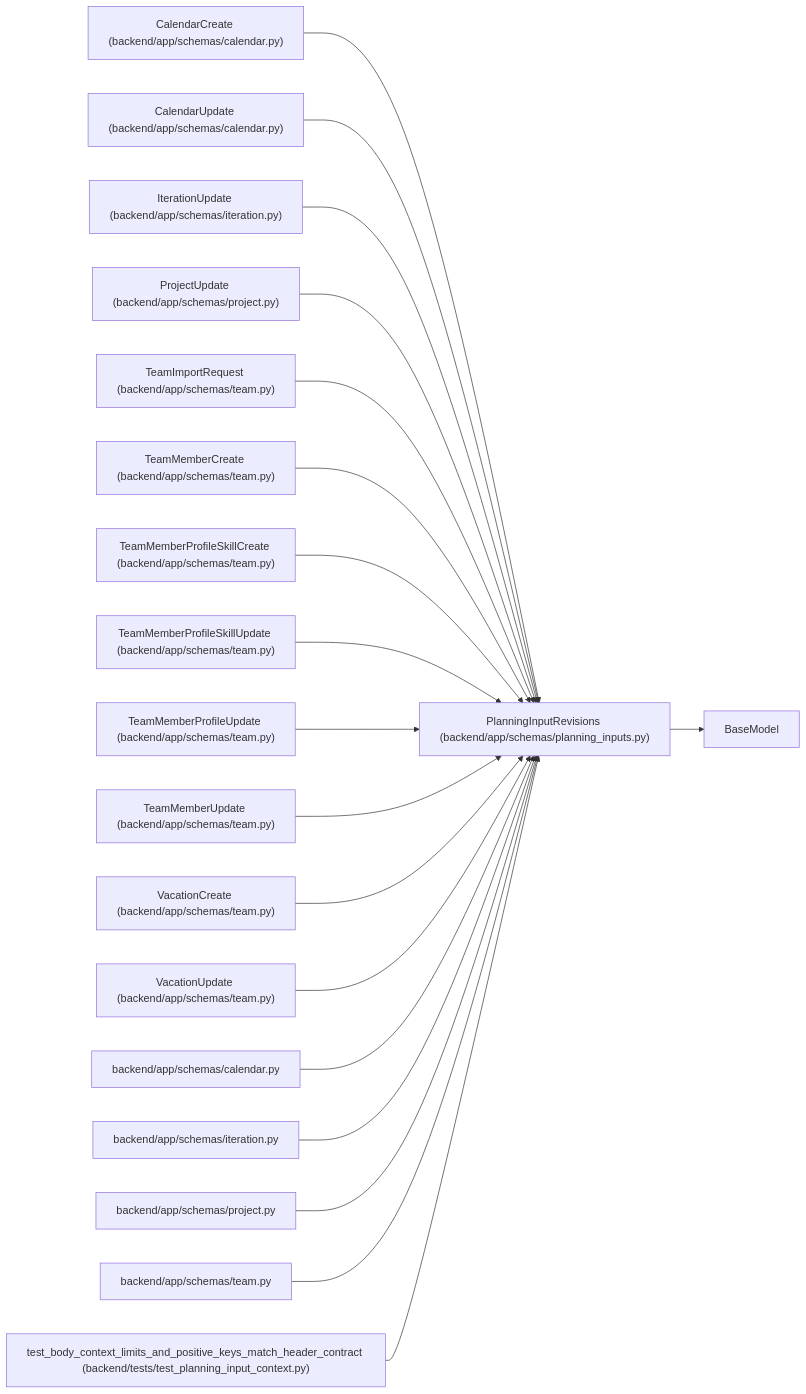
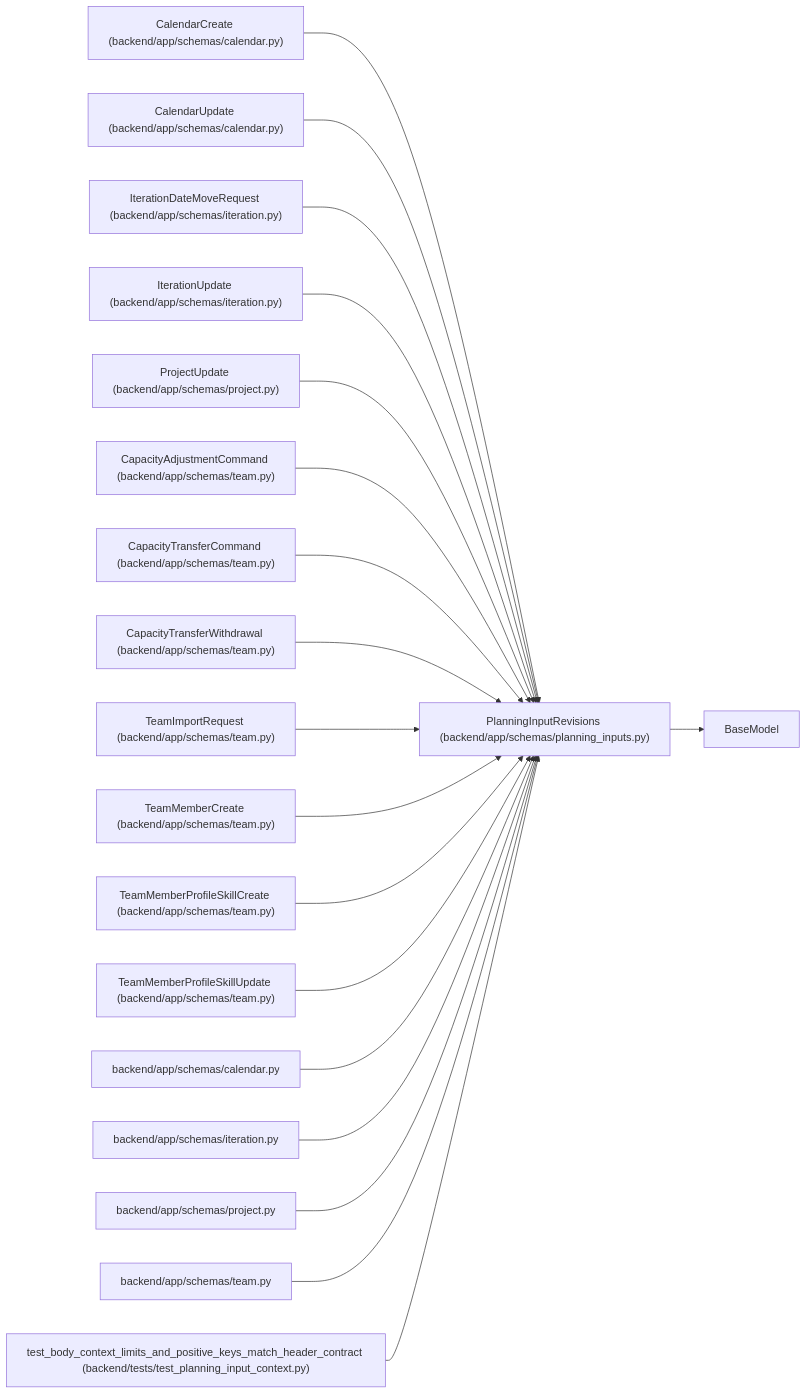
Before and after one commit to Denissvgn/WorkChord: the diagram in docs/llm_wiki/entities/PlanningInputRevisions.md, drawn with Mermaid. The commit also changed other lines of this file and 1817 other files, not shown here.

First line of the commit message:
Refresh the architectural wiki for the 1.9.0 changes

````diff
--- a/docs/llm_wiki/entities/PlanningInputRevisions.md
+++ b/docs/llm_wiki/entities/PlanningInputRevisions.md
@@ -25,58 +25,58 @@
 ```mermaid
 flowchart LR
     n0["PlanningInputRevisions (backend/app/schemas/planning_inputs.py)"]
     n1["BaseModel"]
     n2["CalendarCreate (backend/app/schemas/calendar.py)"]
     n3["CalendarUpdate (backend/app/schemas/calendar.py)"]
-    n4["IterationUpdate (backend/app/schemas/iteration.py)"]
-    n5["ProjectUpdate (backend/app/schemas/project.py)"]
-    n6["TeamImportRequest (backend/app/schemas/team.py)"]
-    n7["TeamMemberCreate (backend/app/schemas/team.py)"]
-    n8["TeamMemberProfileSkillCreate (backend/app/schemas/team.py)"]
-    n9["TeamMemberProfileSkillUpdate (backend/app/schemas/team.py)"]
-    n10["TeamMemberProfileUpdate (backend/app/schemas/team.py)"]
-    n11["TeamMemberUpdate (backend/app/schemas/team.py)"]
-    n12["VacationCreate (backend/app/schemas/team.py)"]
-    n13["VacationUpdate (backend/app/schemas/team.py)"]
+    n4["IterationDateMoveRequest (backend/app/schemas/iteration.py)"]
+    n5["IterationUpdate (backend/app/schemas/iteration.py)"]
+    n6["ProjectUpdate (backend/app/schemas/project.py)"]
+    n7["CapacityAdjustmentCommand (backend/app/schemas/team.py)"]
+    n8["CapacityTransferCommand (backend/app/schemas/team.py)"]
+    n9["CapacityTransferWithdrawal (backend/app/schemas/team.py)"]
+    n10["TeamImportRequest (backend/app/schemas/team.py)"]
+    n11["TeamMemberCreate (backend/app/schemas/team.py)"]
+    n12["TeamMemberProfileSkillCreate (backend/app/schemas/team.py)"]
+    n13["TeamMemberProfileSkillUpdate (backend/app/schemas/team.py)"]
     n14["backend/app/schemas/calendar.py"]
     n15["backend/app/schemas/iteration.py"]
     n16["backend/app/schemas/project.py"]
     n17["backend/app/schemas/team.py"]
     n18["test_body_context_limits_and_positive_keys_match_header_contract (backend/tests/test_planning_input_context.py)"]
     n0 --> n1
     n2 --> n0
     n3 --> n0
     n4 --> n0
     n5 --> n0
     n6 --> n0
     n7 --> n0
     n8 --> n0
     n9 --> n0
     n10 --> n0
     n11 --> n0
     n12 --> n0
     n13 --> n0
     n14 --> n0
     n15 --> n0
     n16 --> n0
     n17 --> n0
     n18 --> n0
     click n0 "../modules/planning_inputs.md"
     click n2 "../modules/schemas_calendar.md"
     click n3 "../modules/schemas_calendar.md"
     click n4 "../modules/schemas_iteration.md"
-    click n5 "../modules/schemas_project.md"
-    click n6 "../modules/schemas_team.md"
+    click n5 "../modules/schemas_iteration.md"
+    click n6 "../modules/schemas_project.md"
     click n7 "../modules/schemas_team.md"
     click n8 "../modules/schemas_team.md"
     click n9 "../modules/schemas_team.md"
     click n10 "../modules/schemas_team.md"
     click n11 "../modules/schemas_team.md"
     click n12 "../modules/schemas_team.md"
     click n13 "../modules/schemas_team.md"
     click n14 "../modules/schemas_calendar.md"
     click n15 "../modules/schemas_iteration.md"
     click n16 "../modules/schemas_project.md"
     click n17 "../modules/schemas_team.md"
     click n18 "../modules/test_planning_input_context.md"
 ```
````
